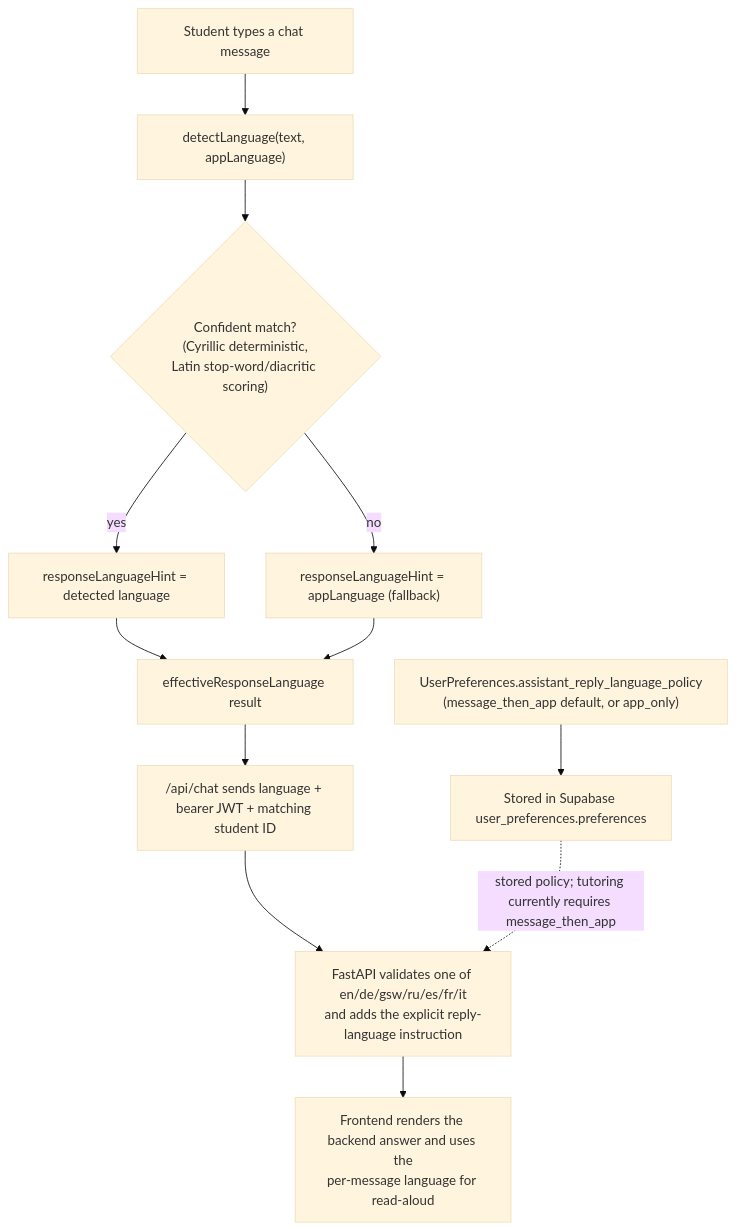
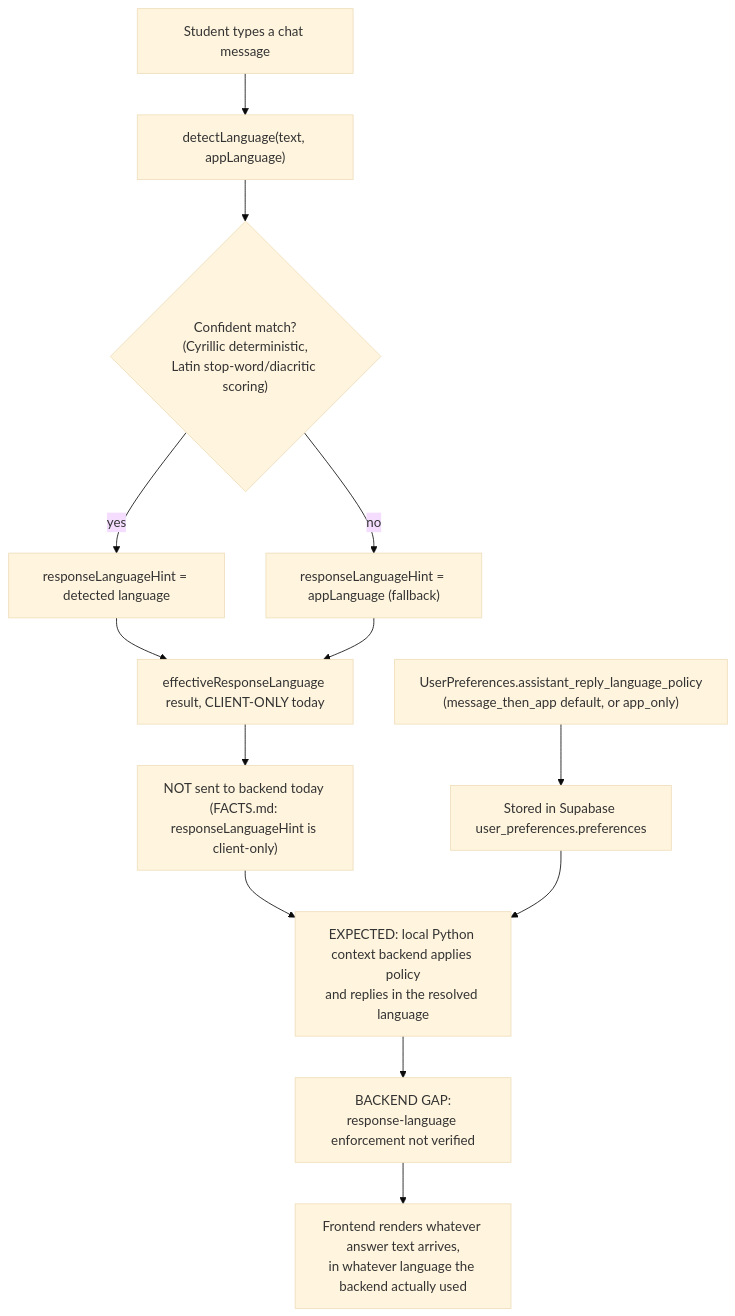
The second of 2 diagrams in lovabledocs/frontend/I18N_AND_LANGUAGE.md (keyshavmor/study-swiss-star), drawn with Mermaid (base theme) before and after one commit. The commit also changed other lines of this file and 231 other files, not shown here.

````diff
--- a/lovabledocs/frontend/I18N_AND_LANGUAGE.md
+++ b/lovabledocs/frontend/I18N_AND_LANGUAGE.md
@@ -236,14 +239,15 @@
 ```mermaid
 flowchart TD
   A["Student types a chat message"] --> B["detectLanguage(text, appLanguage)"]
   B --> C{"Confident match?<br/>(Cyrillic deterministic,<br/>Latin stop-word/diacritic scoring)"}
   C -- "yes" --> D["responseLanguageHint = detected language"]
   C -- "no" --> E["responseLanguageHint = appLanguage (fallback)"]
-  D --> F["effectiveResponseLanguage result"]
+  D --> F["effectiveResponseLanguage result, CLIENT-ONLY today"]
   E --> F
-  F --> G["/api/chat sends language + bearer JWT + matching student ID"]
+  F --> G["NOT sent to backend today (FACTS.md: responseLanguageHint is client-only)"]
   H["UserPreferences.assistant_reply_language_policy<br/>(message_then_app default, or app_only)"] --> I["Stored in Supabase user_preferences.preferences"]
-  G --> J["FastAPI validates one of en/de/gsw/ru/es/fr/it<br/>and adds the explicit reply-language instruction"]
-  I -. "stored policy; tutoring currently requires message_then_app" .-> J
-  J --> L["Frontend renders the backend answer and uses the<br/>per-message language for read-aloud"]
+  G --> J["EXPECTED: local Python context backend applies policy<br/>and replies in the resolved language"]
+  I --> J
+  J --> K["BACKEND GAP:<br/>response-language enforcement not verified"]
+  K --> L["Frontend renders whatever answer text arrives,<br/>in whatever language the backend actually used"]
 ```
````
